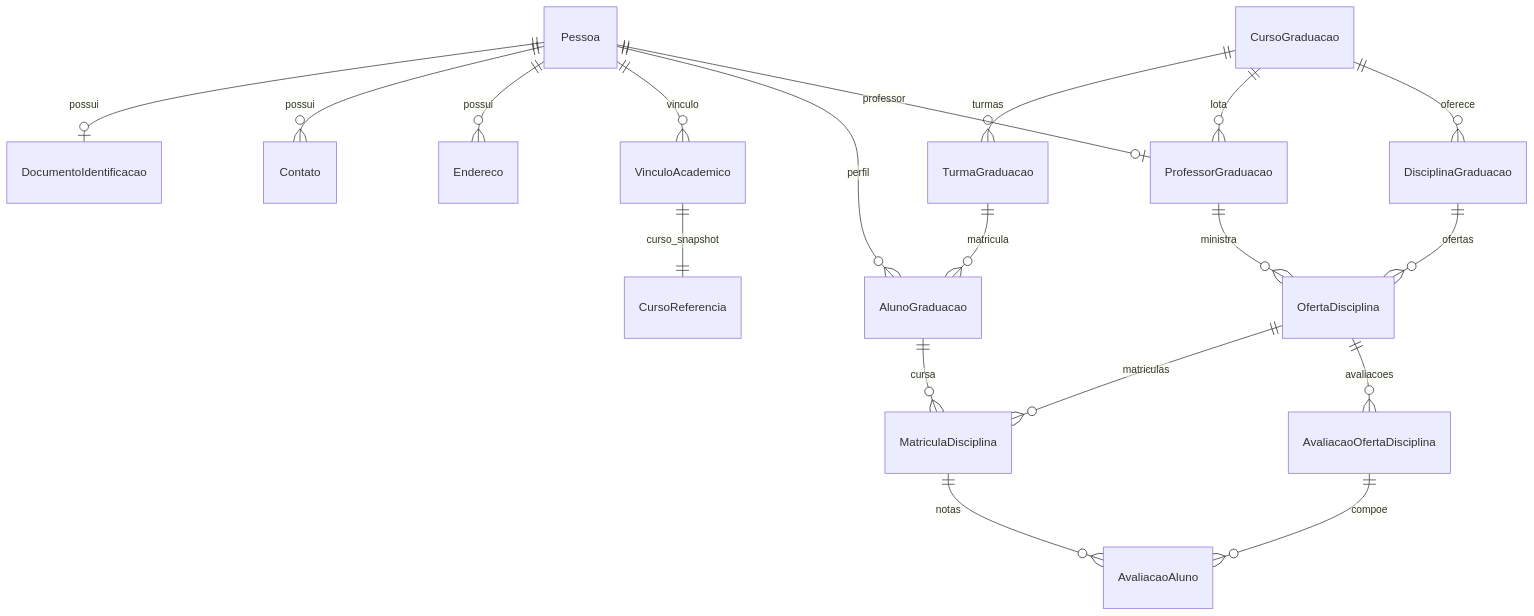
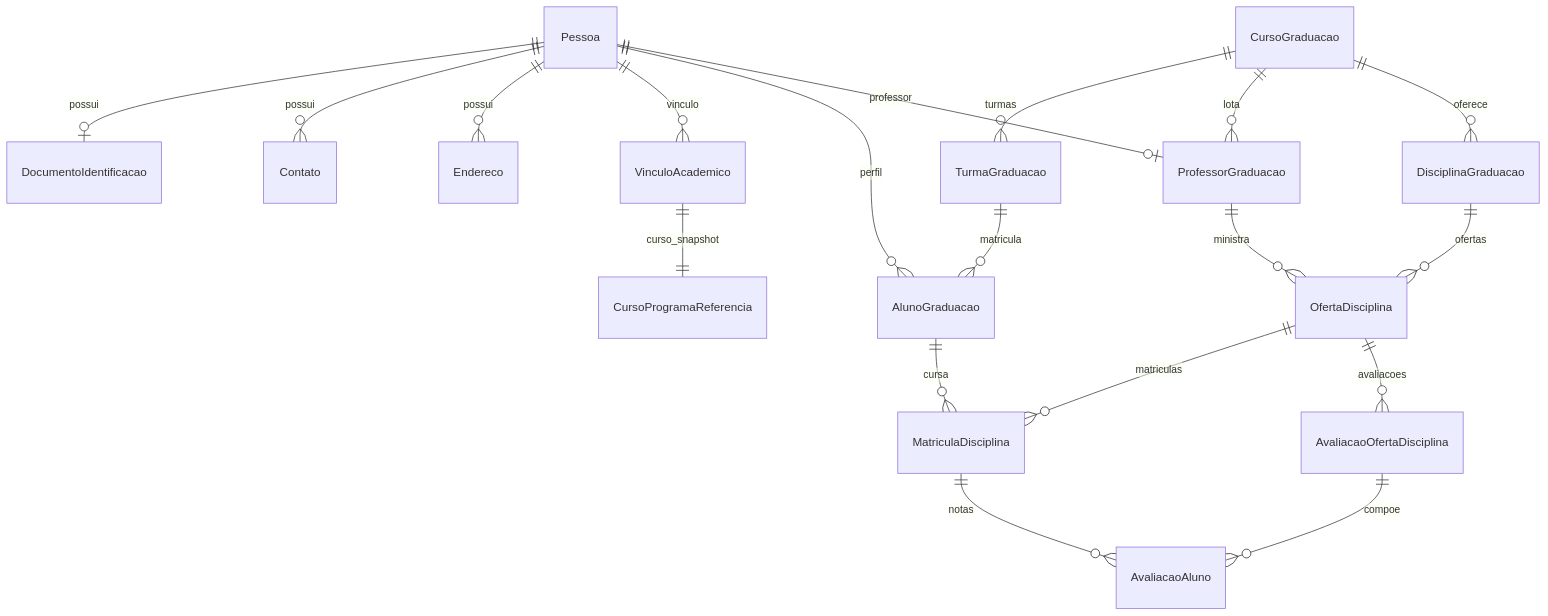
Before and after one commit to ydirickson/TCC-MBAEsalq: the first of 2 diagrams in planejamento/modulos/graduacao.md, drawn with Mermaid. The commit also changed other lines of this file and 3 other files, not shown here.

````diff
--- a/planejamento/modulos/graduacao.md
+++ b/planejamento/modulos/graduacao.md
@@ -23,27 +47,27 @@
 ```mermaid
 erDiagram
   Pessoa ||--o| DocumentoIdentificacao : possui
   Pessoa ||--o{ Contato : possui
   Pessoa ||--o{ Endereco : possui
 
   Pessoa ||--o{ VinculoAcademico : vinculo
-  VinculoAcademico ||--|| CursoReferencia : curso_snapshot
+  VinculoAcademico ||--|| CursoProgramaReferencia : curso_snapshot
 
   Pessoa ||--o{ AlunoGraduacao : perfil
   TurmaGraduacao ||--o{ AlunoGraduacao : matricula
   CursoGraduacao ||--o{ TurmaGraduacao : turmas
 
   Pessoa ||--o| ProfessorGraduacao : professor
   CursoGraduacao ||--o{ ProfessorGraduacao : lota
 
   CursoGraduacao ||--o{ DisciplinaGraduacao : oferece
   DisciplinaGraduacao ||--o{ OfertaDisciplina : ofertas
   ProfessorGraduacao ||--o{ OfertaDisciplina : ministra
 
   OfertaDisciplina ||--o{ MatriculaDisciplina : matriculas
   AlunoGraduacao ||--o{ MatriculaDisciplina : cursa
 
   OfertaDisciplina ||--o{ AvaliacaoOfertaDisciplina : avaliacoes
   MatriculaDisciplina ||--o{ AvaliacaoAluno : notas
   AvaliacaoOfertaDisciplina ||--o{ AvaliacaoAluno : compoe
 ```
````
